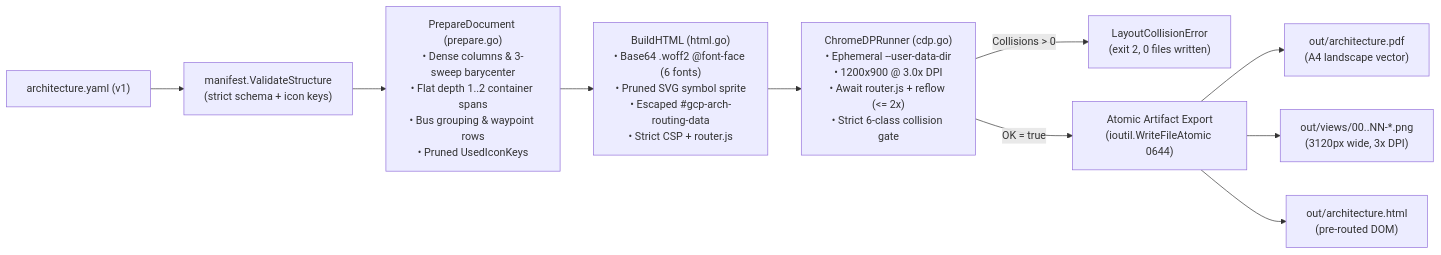
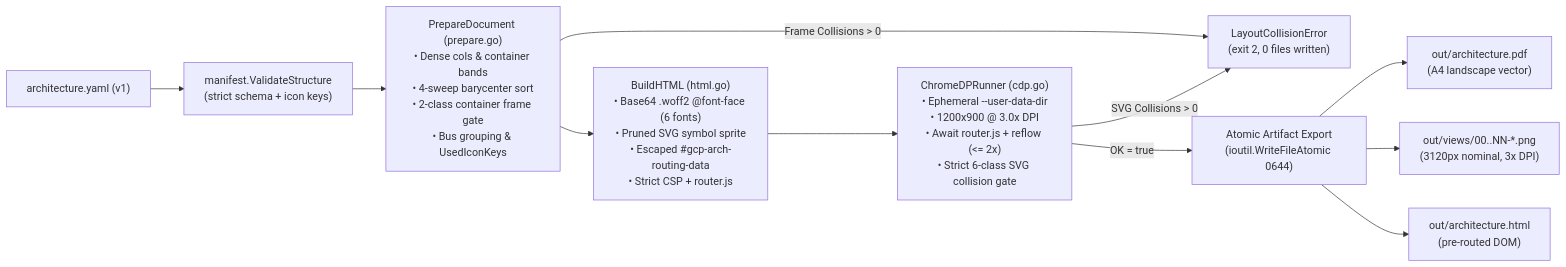
One commit to arrase/gcp-arch changed the first of 2 diagrams in gh-pages/rendering.md. Above: the diagram before and after it, drawn with Mermaid. The commit also changed other lines of this file and 11 other files, not shown here.

````diff
--- a/gh-pages/rendering.md
+++ b/gh-pages/rendering.md
@@ -13,12 +13,13 @@
 ```mermaid
 flowchart LR
     YAML["architecture.yaml (v1)"] --> Validate["manifest.ValidateStructure\n(strict schema + icon keys)"]
-    Validate --> Prepare["PrepareDocument (prepare.go)\n• Dense columns & 3-sweep barycenter\n• Flat depth 1..2 container spans\n• Bus grouping & waypoint rows\n• Pruned UsedIconKeys"]
+    Validate --> Prepare["PrepareDocument (prepare.go)\n• Dense cols & container bands\n• 4-sweep barycenter sort\n• 2-class container frame gate\n• Bus grouping & UsedIconKeys"]
+    Prepare -->|"Frame Collisions > 0"| Fail["LayoutCollisionError\n(exit 2, 0 files written)"]
     Prepare --> Build["BuildHTML (html.go)\n• Base64 .woff2 @font-face (6 fonts)\n• Pruned SVG symbol sprite\n• Escaped #gcp-arch-routing-data\n• Strict CSP + router.js"]
-    Build --> CDP["ChromeDPRunner (cdp.go)\n• Ephemeral --user-data-dir\n• 1200x900 @ 3.0x DPI\n• Await router.js + reflow (<= 2x)\n• Strict 6-class collision gate"]
-    CDP -->|"Collisions > 0"| Fail["LayoutCollisionError\n(exit 2, 0 files written)"]
+    Build --> CDP["ChromeDPRunner (cdp.go)\n• Ephemeral --user-data-dir\n• 1200x900 @ 3.0x DPI\n• Await router.js + reflow (<= 2x)\n• Strict 6-class SVG collision gate"]
+    CDP -->|"SVG Collisions > 0"| Fail
     CDP -->|"OK = true"| Export["Atomic Artifact Export\n(ioutil.WriteFileAtomic 0644)"]
     Export --> OutPDF["out/architecture.pdf\n(A4 landscape vector)"]
-    Export --> OutPNG["out/views/00..NN-*.png\n(3120px wide, 3x DPI)"]
+    Export --> OutPNG["out/views/00..NN-*.png\n(3120px nominal, 3x DPI)"]
     Export --> OutHTML["out/architecture.html\n(pre-routed DOM)"]
 ```
````
